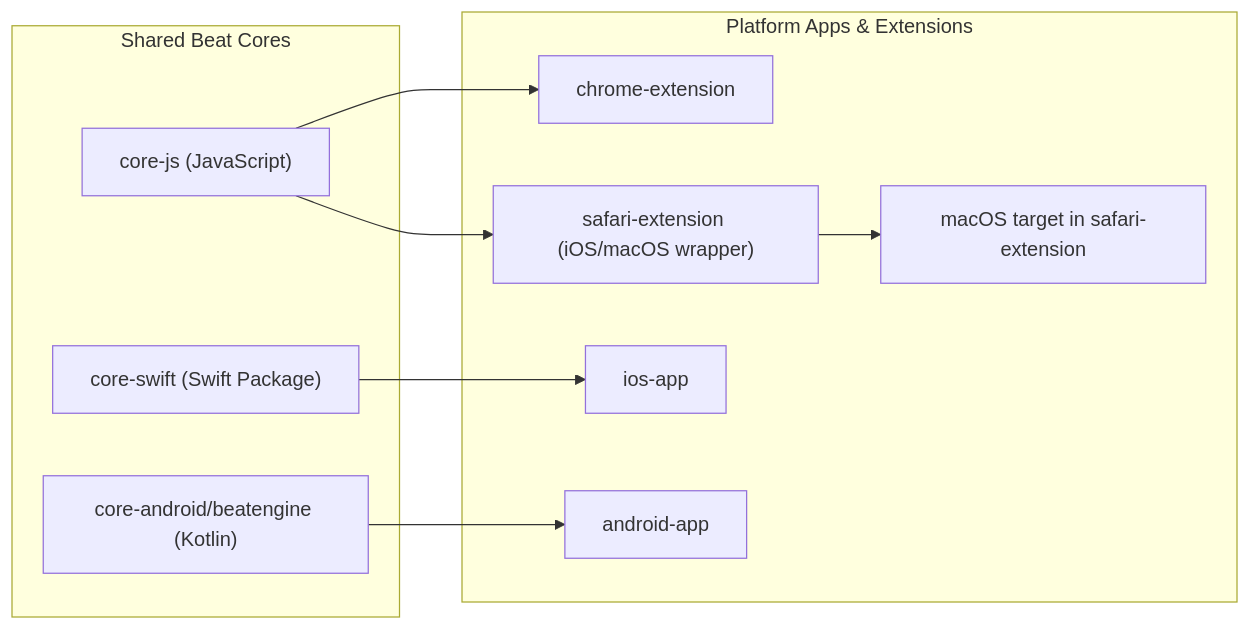
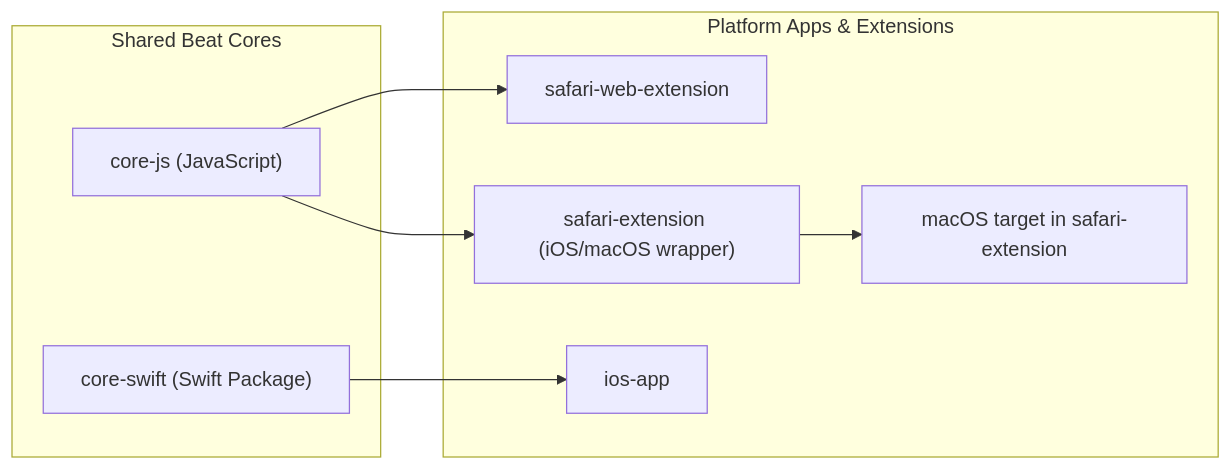
Before and after one commit to leopardcodeai/sonicflow_app: the diagram in README.md, drawn with Mermaid. The commit also changed other lines of this file and 49 other files, not shown here.

````diff
--- a/README.md
+++ b/README.md
@@ -20,22 +20,19 @@
 ```mermaid
 flowchart LR
     subgraph Cores["Shared Beat Cores"]
         JS["core-js (JavaScript)"]
         SW["core-swift (Swift Package)"]
-        KT["core-android/beatengine (Kotlin)"]
     end
 
     subgraph Platforms["Platform Apps & Extensions"]
-        CH["chrome-extension"]
+        CH["safari-web-extension"]
         SF["safari-extension (iOS/macOS wrapper)"]
         IOS["ios-app"]
         MAC["macOS target in safari-extension"]
-        AND["android-app"]
     end
 
     JS --> CH
     JS --> SF
     SW --> IOS
-    KT --> AND
     SF --> MAC
 ```
````
